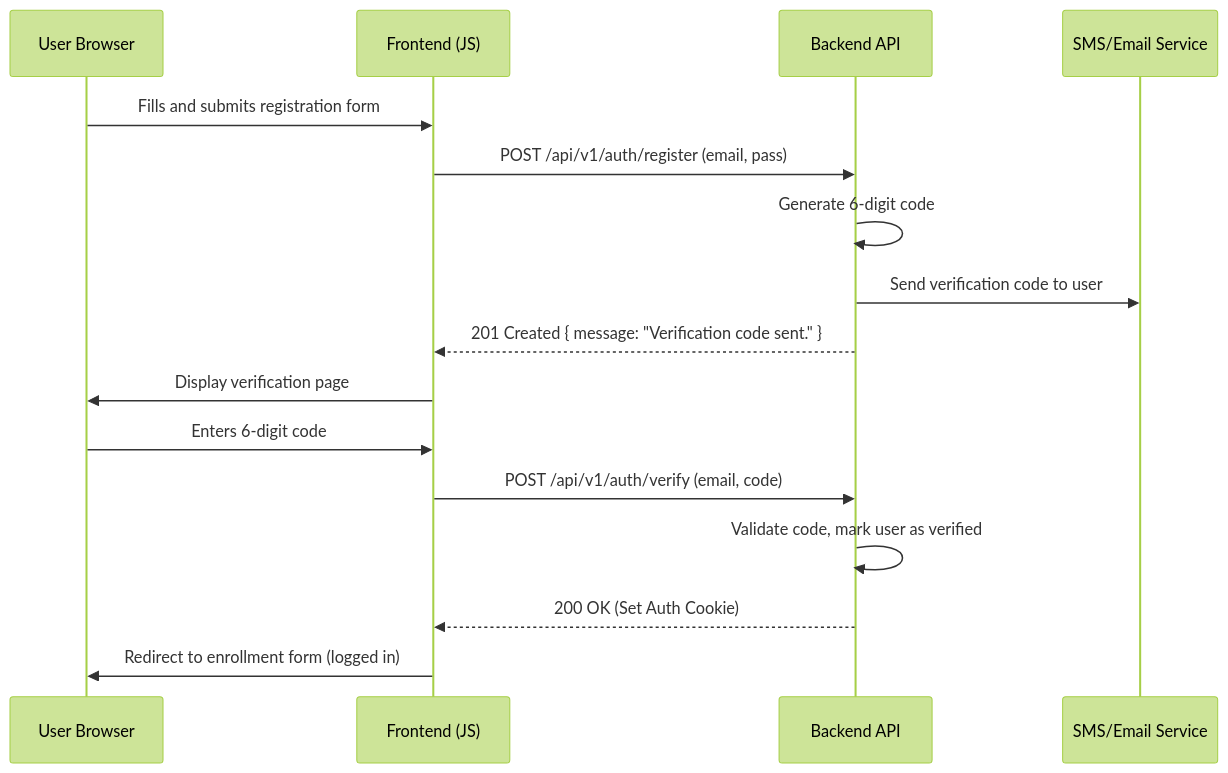
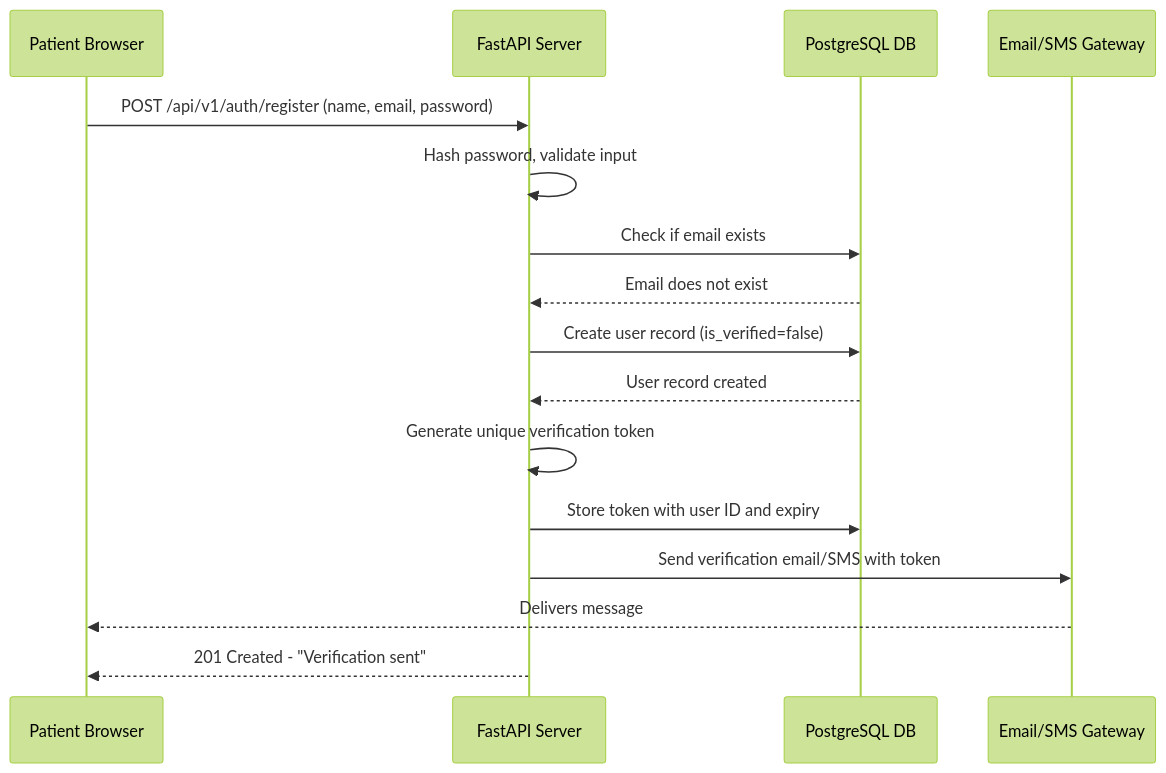
One commit to sagark82/Agentic_SDLC_Test_Enh_01 changed the second of 3 diagrams in output/design_artifact.md. Above: the diagram before and after it, drawn with Mermaid (forest theme). The commit also changed other lines of this file, not shown here.

````diff
--- a/output/design_artifact.md
+++ b/output/design_artifact.md
@@ -307,19 +275,19 @@
 ```mermaid
 sequenceDiagram
-    participant User as User Browser
-    participant Frontend as Frontend (JS)
-    participant Backend as Backend API
-    participant SMS/Email as SMS/Email Service
+    participant P as Patient Browser
+    participant S as FastAPI Server
+    participant DB as PostgreSQL DB
+    participant EG as Email/SMS Gateway
 
-    User->>Frontend: Fills and submits registration form
-    Frontend->>Backend: POST /api/v1/auth/register (email, pass)
-    Backend->>Backend: Generate 6-digit code
-    Backend->>SMS/Email: Send verification code to user
-    Backend-->>Frontend: 201 Created { message: "Verification code sent." }
-    Frontend->>User: Display verification page
-    User->>Frontend: Enters 6-digit code
-    Frontend->>Backend: POST /api/v1/auth/verify (email, code)
-    Backend->>Backend: Validate code, mark user as verified
-    Backend-->>Frontend: 200 OK (Set Auth Cookie)
-    Frontend->>User: Redirect to enrollment form (logged in)
+    P->>S: POST /api/v1/auth/register (name, email, password)
+    S->>S: Hash password, validate input
+    S->>DB: Check if email exists
+    DB-->>S: Email does not exist
+    S->>DB: Create user record (is_verified=false)
+    DB-->>S: User record created
+    S->>S: Generate unique verification token
+    S->>DB: Store token with user ID and expiry
+    S->>EG: Send verification email/SMS with token
+    EG-->>P: Delivers message
+    S-->>P: 201 Created - "Verification sent"
 ```
````
